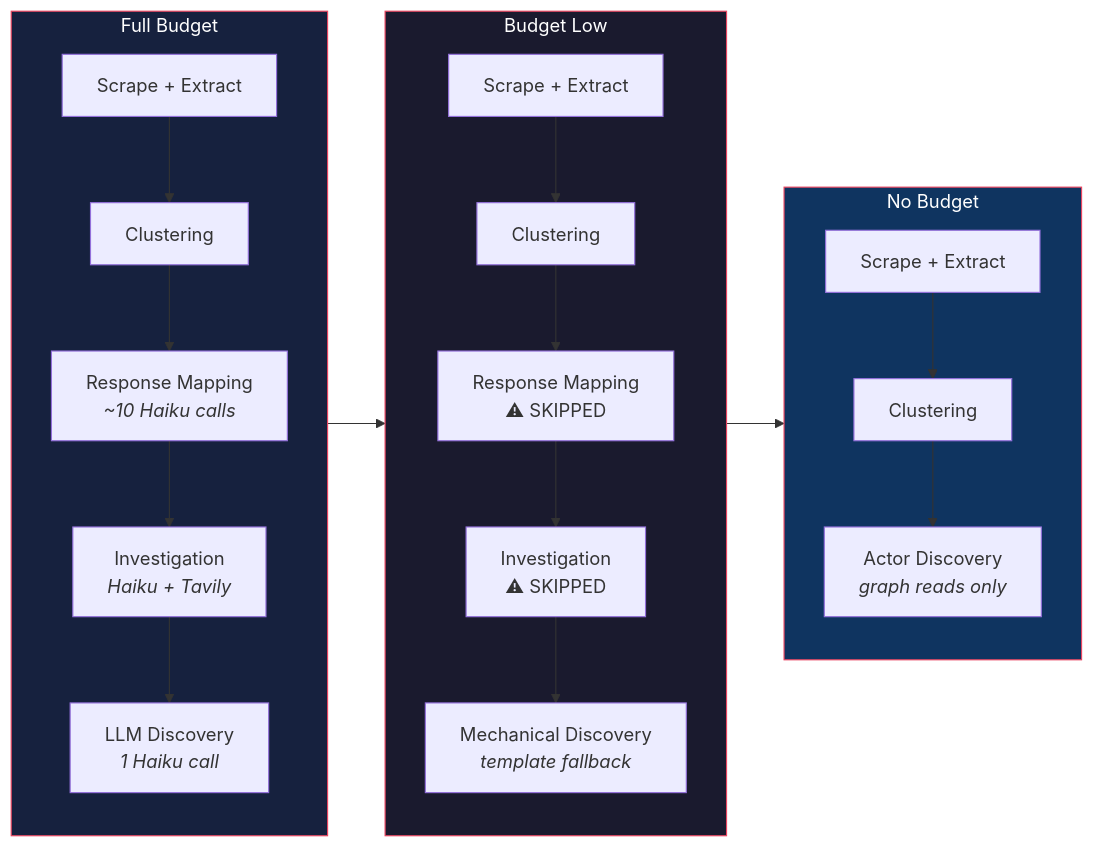
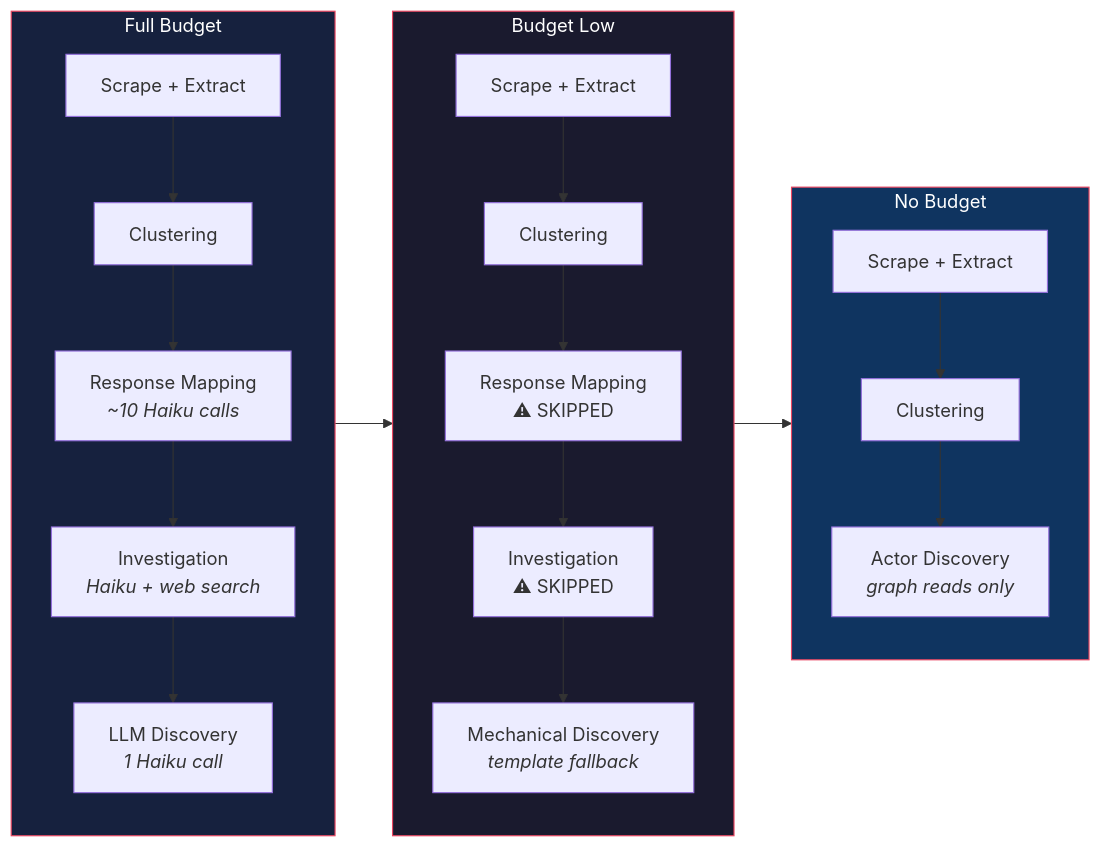
The seventh of 13 diagrams in docs/architecture/feedback-loops.md (fourthplaces/rootsignal), drawn with Mermaid before and after one commit. The commit also changed other lines of this file and 45 other files, not shown here.

First line of the commit message:
feat: replace Tavily with Serper.dev for web search

````diff
--- a/docs/architecture/feedback-loops.md
+++ b/docs/architecture/feedback-loops.md
@@ -245,36 +245,36 @@
 ```mermaid
 flowchart LR
     subgraph Full ["Full Budget"]
         direction TB
         P1["Scrape + Extract"]
         P2["Clustering"]
         P3["Response Mapping<br/><i>~10 Haiku calls</i>"]
-        P4["Investigation<br/><i>Haiku + Tavily</i>"]
+        P4["Investigation<br/><i>Haiku + web search</i>"]
         P5["LLM Discovery<br/><i>1 Haiku call</i>"]
         P1 --> P2 --> P3 --> P4 --> P5
     end
 
     subgraph Low ["Budget Low"]
         direction TB
         Q1["Scrape + Extract"]
         Q2["Clustering"]
         Q3["Response Mapping<br/>⚠ SKIPPED"]
         Q4["Investigation<br/>⚠ SKIPPED"]
         Q5["Mechanical Discovery<br/><i>template fallback</i>"]
         Q1 --> Q2 --> Q3 --> Q4 --> Q5
     end
 
     subgraph Zero ["No Budget"]
         direction TB
         R1["Scrape + Extract"]
         R2["Clustering"]
         R3["Actor Discovery<br/><i>graph reads only</i>"]
         R1 --> R2 --> R3
     end
 
     Full --> Low --> Zero
 
     style Full fill:#16213e,stroke:#e94560,color:#fff
     style Low fill:#1a1a2e,stroke:#e94560,color:#fff
     style Zero fill:#0f3460,stroke:#e94560,color:#fff
 ```
````
